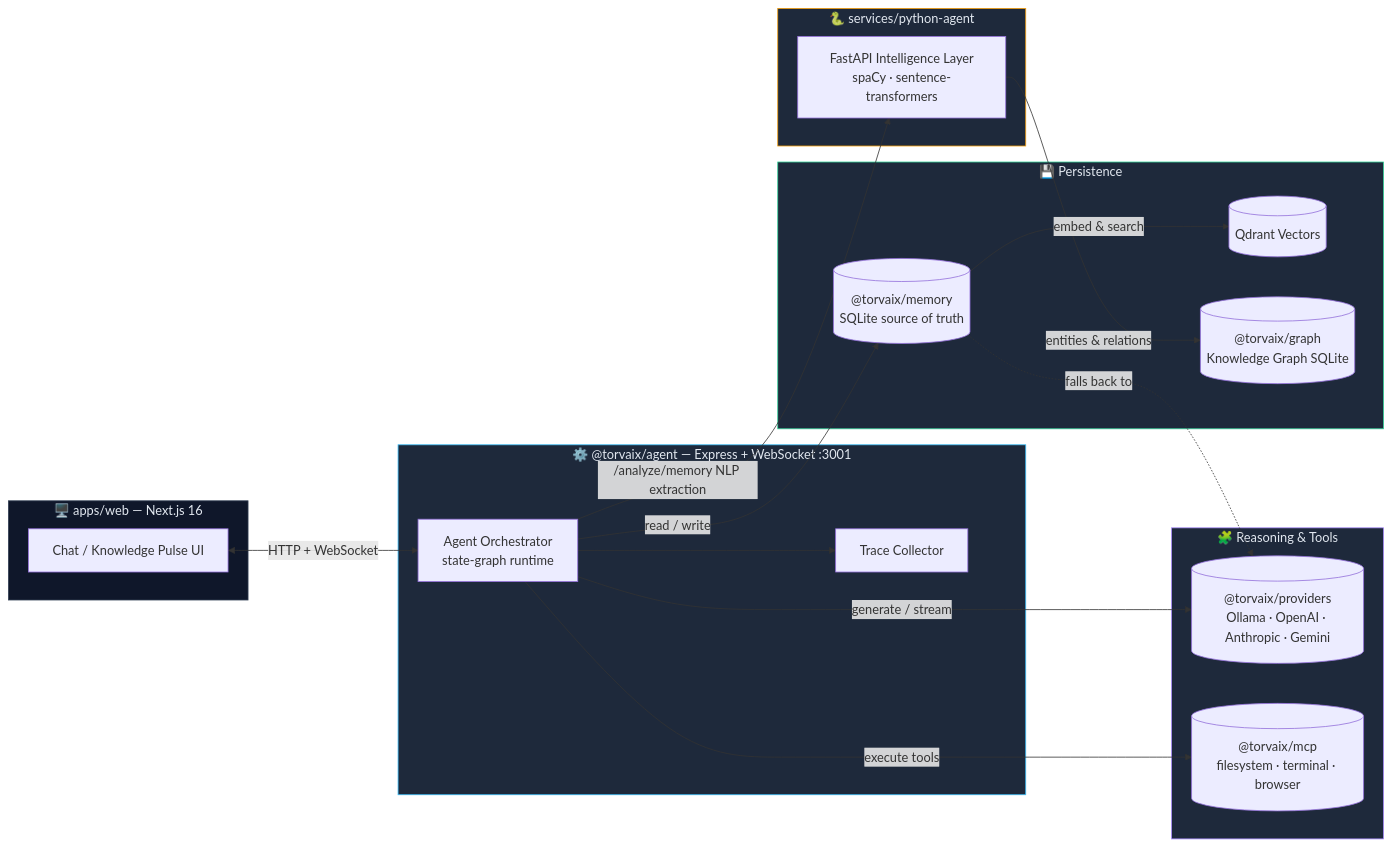
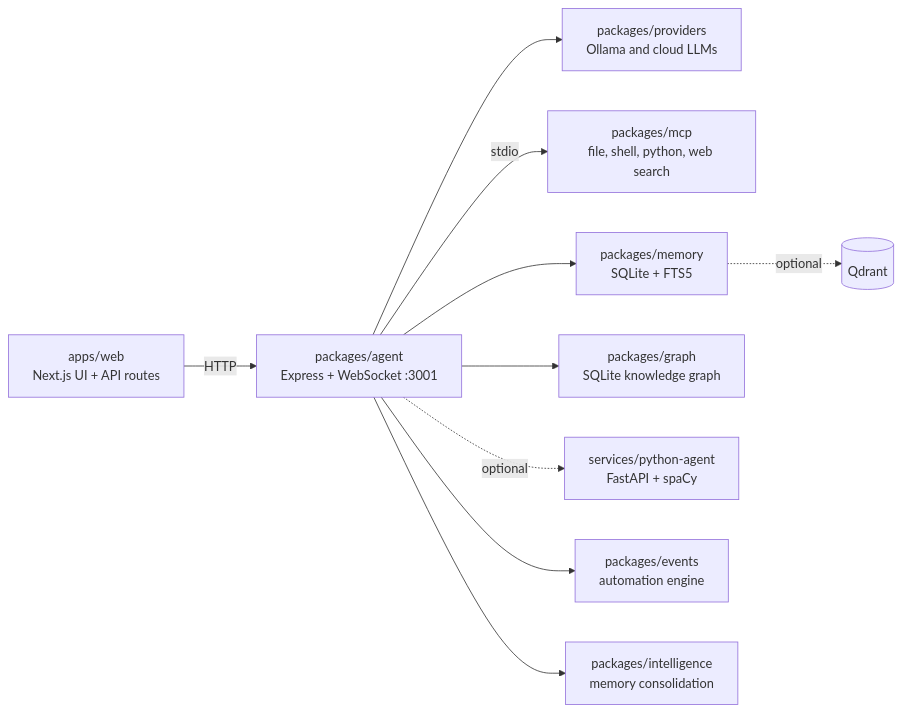
The diagram in README.md (Yashasm18/Torvaix), drawn with Mermaid before and after one commit. The commit also changed other lines of this file and 2 other files, not shown here.

````diff
--- a/README.md
+++ b/README.md
@@ -55,42 +112,12 @@
 ```mermaid
 graph LR
-    subgraph Client["🖥️ apps/web — Next.js 16"]
-        UI[Chat / Knowledge Pulse UI]
-    end
-
-    subgraph Server["⚙️ @torvaix/agent — Express + WebSocket :3001"]
-        Orchestrator[Agent Orchestrator<br/>state-graph runtime]
-        Trace[Trace Collector]
-    end
-
-    subgraph Reasoning["🧩 Reasoning & Tools"]
-        Providers[("@torvaix/providers<br/>Ollama · OpenAI · Anthropic · Gemini")]
-        MCP[("@torvaix/mcp<br/>filesystem · terminal · browser")]
-    end
-
-    subgraph Data["💾 Persistence"]
-        MemoryStore[("@torvaix/memory<br/>SQLite source of truth")]
-        Qdrant[(Qdrant Vectors)]
-        Graph[("@torvaix/graph<br/>Knowledge Graph SQLite")]
-    end
-
-    subgraph Intelligence["🐍 services/python-agent"]
-        PyIntel[FastAPI Intelligence Layer<br/>spaCy · sentence-transformers]
-    end
-
-    UI <-->|HTTP + WebSocket| Orchestrator
-    Orchestrator --> Trace
-    Orchestrator -->|generate / stream| Providers
-    Orchestrator -->|execute tools| MCP
-    Orchestrator -->|read / write| MemoryStore
-    MemoryStore -->|embed & search| Qdrant
-    MemoryStore -.->|falls back to| Providers
-    Orchestrator -->|"/analyze/memory" NLP extraction| PyIntel
-    PyIntel -->|entities & relations| Graph
-
-    style Client fill:#0f172a,stroke:#334155,color:#e2e8f0
-    style Server fill:#1e293b,stroke:#38bdf8,color:#e2e8f0
-    style Reasoning fill:#1e293b,stroke:#a78bfa,color:#e2e8f0
-    style Data fill:#1e293b,stroke:#34d399,color:#e2e8f0
-    style Intelligence fill:#1e293b,stroke:#f59e0b,color:#e2e8f0
+    Web["apps/web<br/>Next.js UI + API routes"] -->|HTTP| Agent["packages/agent<br/>Express + WebSocket :3001"]
+    Agent --> Providers["packages/providers<br/>Ollama and cloud LLMs"]
+    Agent -->|stdio| MCP["packages/mcp<br/>file, shell, python, web search"]
+    Agent --> Memory["packages/memory<br/>SQLite + FTS5"]
+    Memory -.->|optional| Qdrant[(Qdrant)]
+    Agent --> Graph["packages/graph<br/>SQLite knowledge graph"]
+    Agent -.->|optional| Py["services/python-agent<br/>FastAPI + spaCy"]
+    Agent --> Events["packages/events<br/>automation engine"]
+    Agent --> Intel["packages/intelligence<br/>memory consolidation"]
 ```
````
